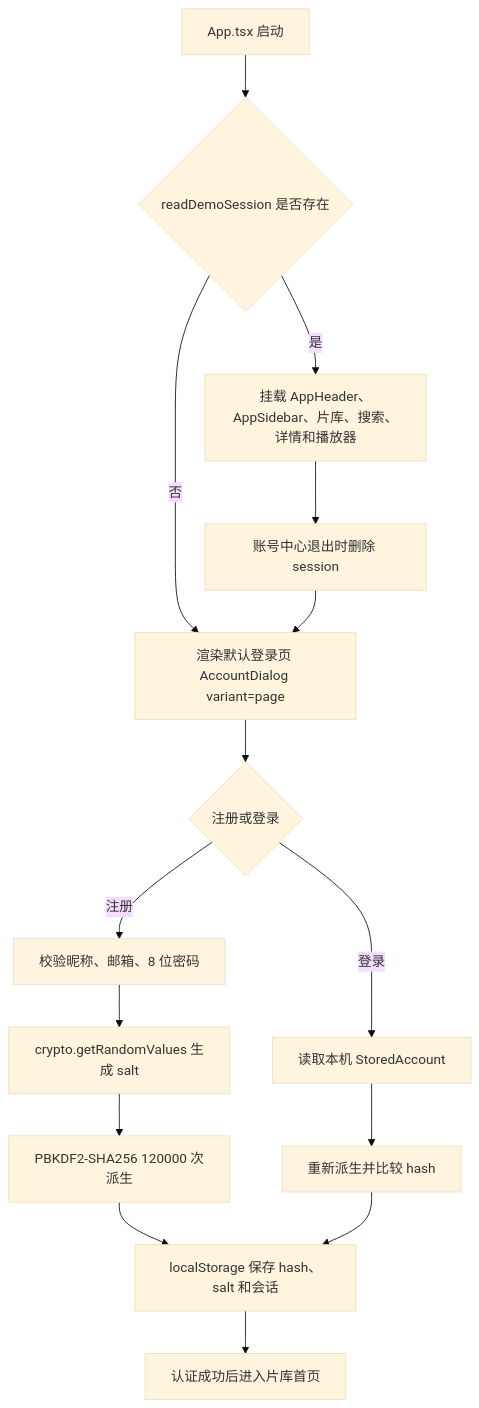
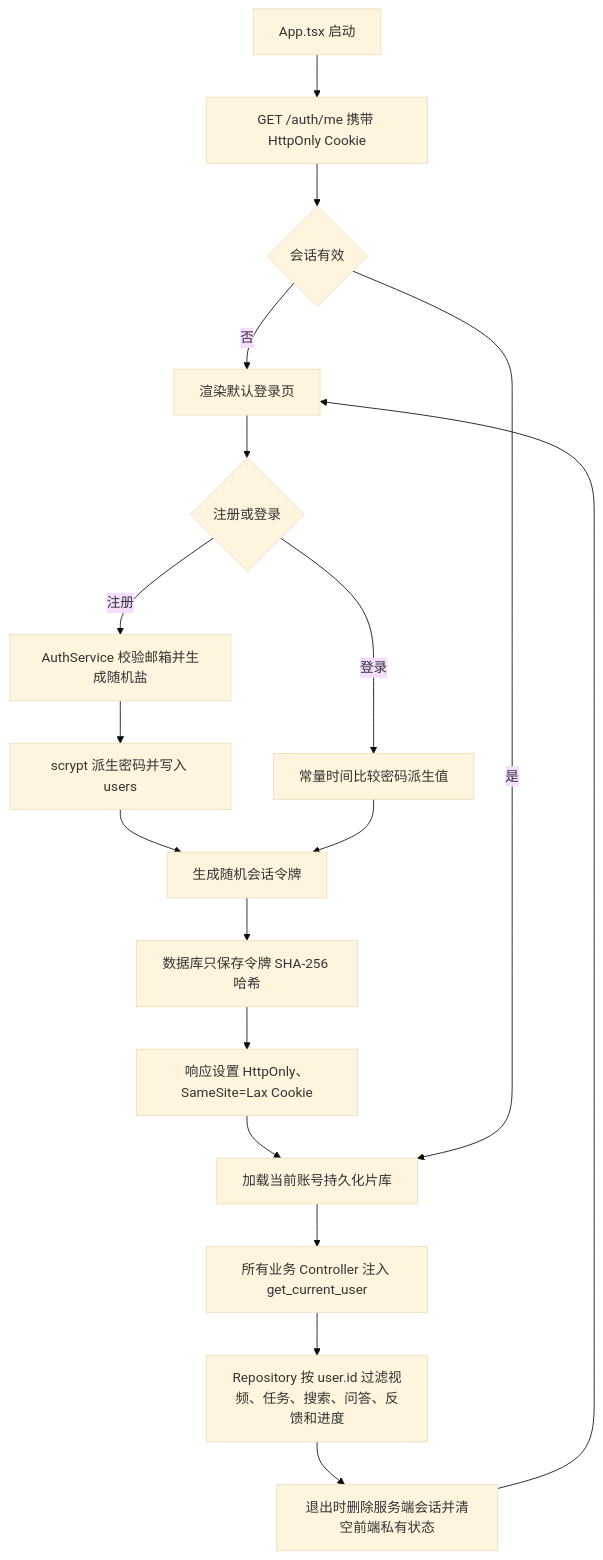
Diagram 18 of 23 in docs/项目说明文档.md (qwe605/xunlei_ai_video), drawn with Mermaid (base theme) before and after one commit. The commit also changed other lines of this file and 46 other files, not shown here.

````diff
--- a/docs/项目说明文档.md
+++ b/docs/项目说明文档.md
@@ -831,17 +856,20 @@
 ```mermaid
 flowchart TD
-    A["App.tsx 启动"] --> B{"readDemoSession 是否存在"}
-    B -->|否| C["渲染默认登录页 AccountDialog variant=page"]
-    C --> D{"注册或登录"}
-    D -->|注册| E["校验昵称、邮箱、8 位密码"]
-    E --> F["crypto.getRandomValues 生成 salt"]
-    F --> G["PBKDF2-SHA256 120000 次派生"]
-    G --> H["localStorage 保存 hash、salt 和会话"]
-    D -->|登录| I["读取本机 StoredAccount"]
-    I --> J["重新派生并比较 hash"]
-    J --> H
-    H --> K["认证成功后进入片库首页"]
-    B -->|是| L["挂载 AppHeader、AppSidebar、片库、搜索、详情和播放器"]
-    L --> M["账号中心退出时删除 session"]
-    M --> C
+    A["App.tsx 启动"] --> B["GET /auth/me 携带 HttpOnly Cookie"]
+    B --> C{"会话有效"}
+    C -->|否| D["渲染默认登录页"]
+    D --> E{"注册或登录"}
+    E -->|注册| F["AuthService 校验邮箱并生成随机盐"]
+    F --> G["scrypt 派生密码并写入 users"]
+    E -->|登录| H["常量时间比较密码派生值"]
+    G --> I["生成随机会话令牌"]
+    H --> I
+    I --> J["数据库只保存令牌 SHA-256 哈希"]
+    J --> K["响应设置 HttpOnly、SameSite=Lax Cookie"]
+    K --> L["加载当前账号持久化片库"]
+    C -->|是| L
+    L --> M["所有业务 Controller 注入 get_current_user"]
+    M --> N["Repository 按 user.id 过滤视频、任务、搜索、问答、反馈和进度"]
+    N --> O["退出时删除服务端会话并清空前端私有状态"]
+    O --> D
 ```
````
